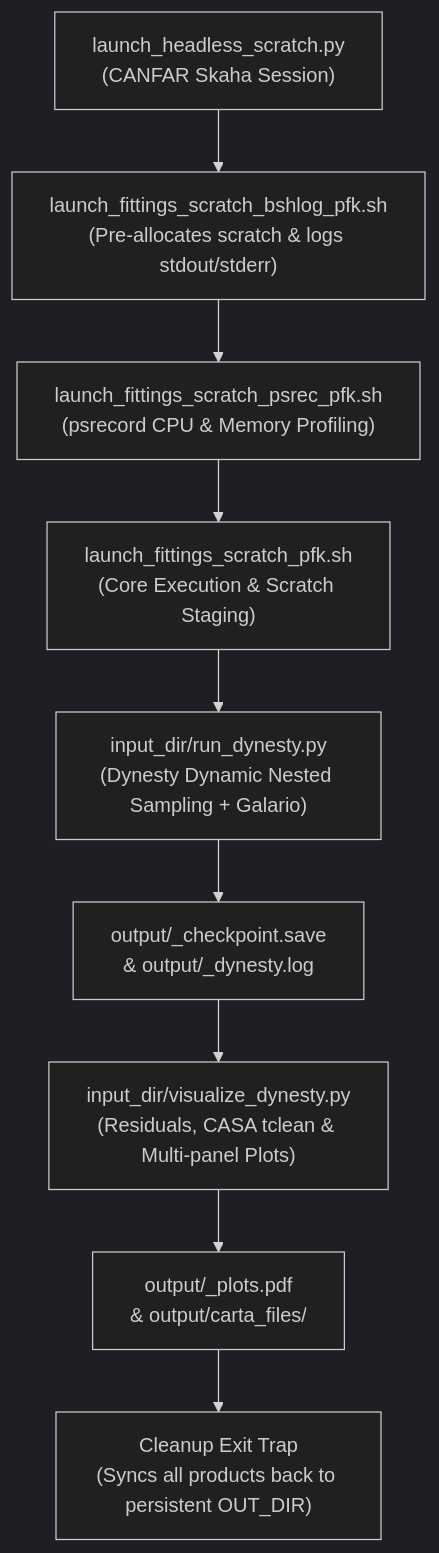
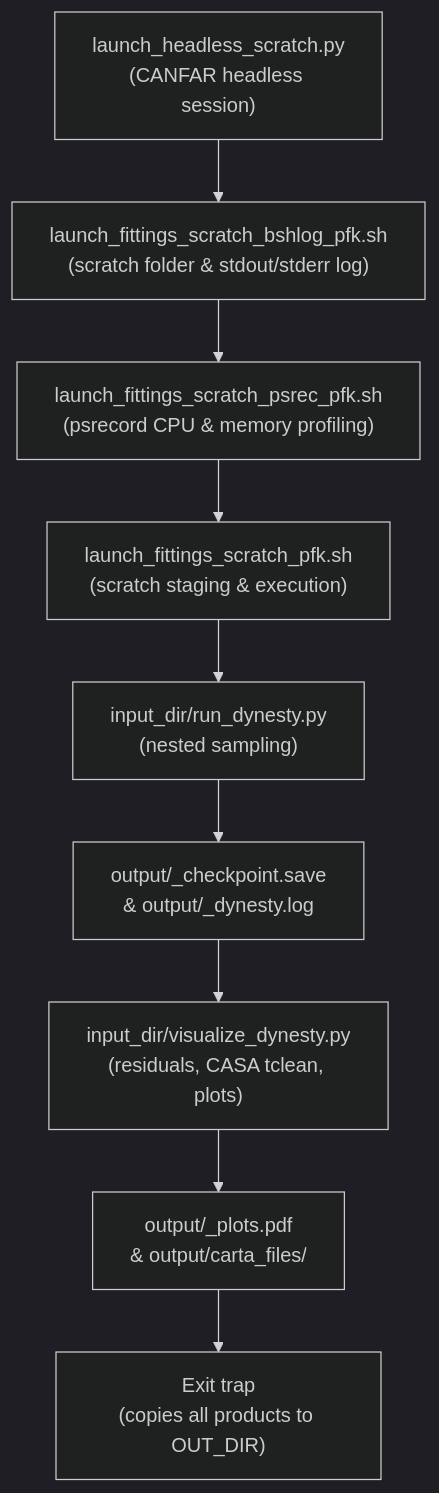
The diagram in README.md (pknowlton/ALMA-Galaxy-Visibility-Modelling-PFKWork), drawn with Mermaid (dark theme) before and after one commit. The commit also changed other lines of this file and 2 other files, not shown here.

````diff
--- a/README.md
+++ b/README.md
@@ -69,11 +69,11 @@
 ```mermaid
 flowchart TD
-    A["launch_headless_scratch.py<br>(CANFAR Skaha Session)"] --> B["launch_fittings_scratch_bshlog_pfk.sh<br>(Pre-allocates scratch & logs stdout/stderr)"]
-    B --> C["launch_fittings_scratch_psrec_pfk.sh<br>(psrecord CPU & Memory Profiling)"]
-    C --> D["launch_fittings_scratch_pfk.sh<br>(Core Execution & Scratch Staging)"]
-    D --> E["input_dir/run_dynesty.py<br>(Dynesty Dynamic Nested Sampling + Galario)"]
+    A["launch_headless_scratch.py<br>(CANFAR headless session)"] --> B["launch_fittings_scratch_bshlog_pfk.sh<br>(scratch folder & stdout/stderr log)"]
+    B --> C["launch_fittings_scratch_psrec_pfk.sh<br>(psrecord CPU & memory profiling)"]
+    C --> D["launch_fittings_scratch_pfk.sh<br>(scratch staging & execution)"]
+    D --> E["input_dir/run_dynesty.py<br>(nested sampling)"]
     E --> F["output/<session_name>_checkpoint.save<br>& output/<session_name>_dynesty.log"]
-    F --> G["input_dir/visualize_dynesty.py<br>(Residuals, CASA tclean & Multi-panel Plots)"]
+    F --> G["input_dir/visualize_dynesty.py<br>(residuals, CASA tclean, plots)"]
     G --> H["output/<session_name>_plots.pdf<br>& output/carta_files/"]
-    H --> I["Cleanup Exit Trap<br>(Syncs all products back to persistent OUT_DIR)"]
+    H --> I["Exit trap<br>(copies all products to OUT_DIR)"]
 ```
````
